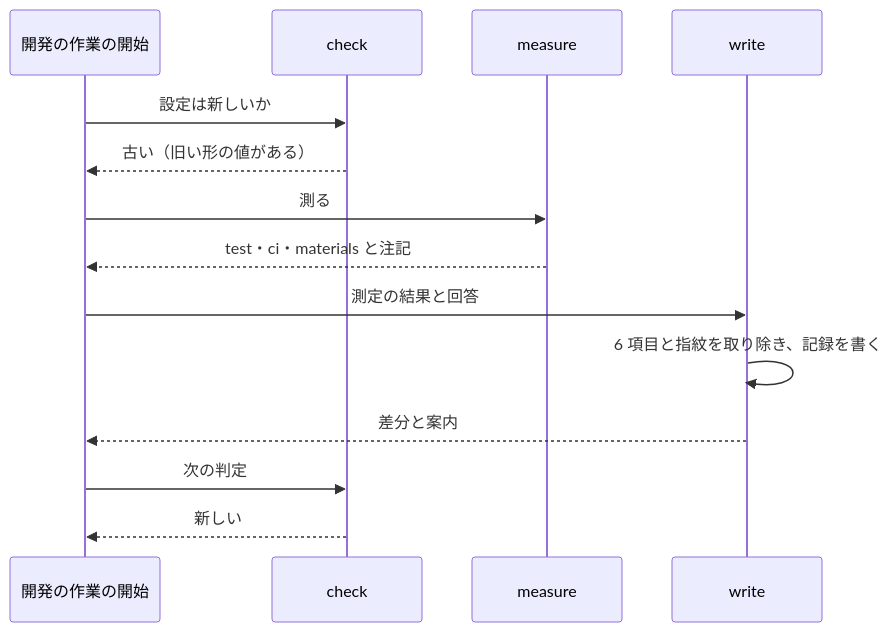
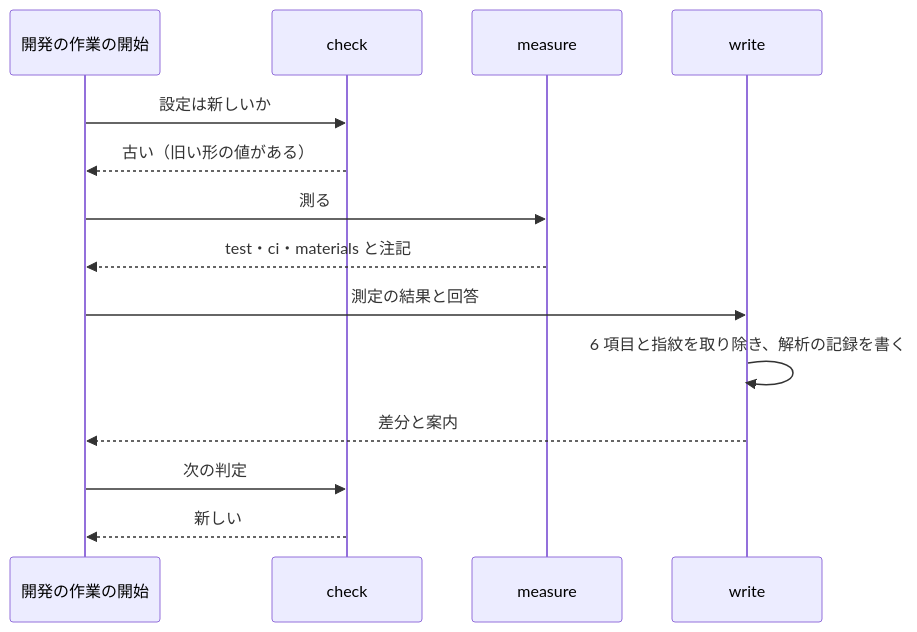
One commit to devbasex/ai-plugins changed the third of 3 diagrams in issues/issue-4521-design.md. Above: the diagram before and after it, drawn with Mermaid. The commit also changed other lines of this file and 1 other file, not shown here.

````diff
--- a/issues/issue-4521-design.md
+++ b/issues/issue-4521-design.md
@@ -101,16 +115,16 @@
 ```mermaid
 sequenceDiagram
   participant A as 開発の作業の開始
   participant C as check
   participant M as measure
   participant W as write
   A->>C: 設定は新しいか
   C-->>A: 古い（旧い形の値がある）
   A->>M: 測る
   M-->>A: test・ci・materials と注記
   A->>W: 測定の結果と回答
-  W->>W: 6 項目と指紋を取り除き、記録を書く
+  W->>W: 6 項目と指紋を取り除き、解析の記録を書く
   W-->>A: 差分と案内
   A->>C: 次の判定
   C-->>A: 新しい
 ```
````
